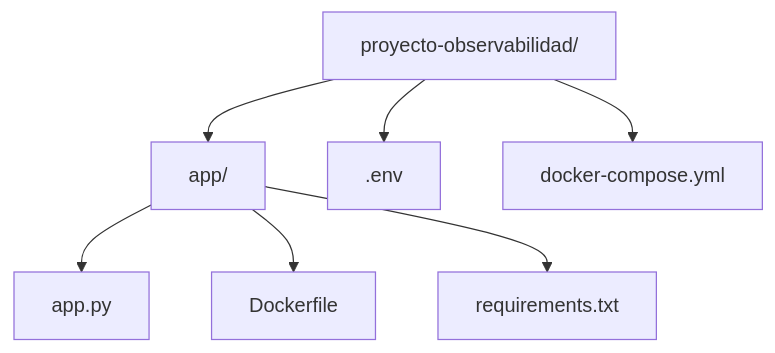
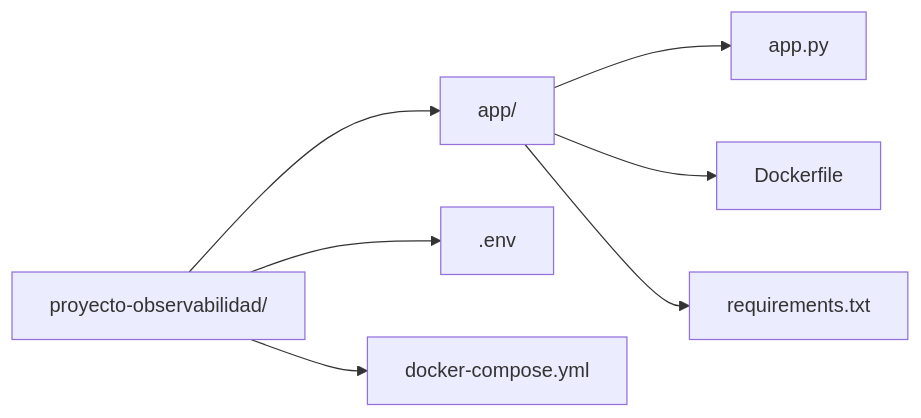
Before and after one commit to albmart2/proyecto-observabilidad: the first of 2 diagrams in README.md, drawn with Mermaid.

````diff
--- a/README.md
+++ b/README.md
@@ -15,10 +15,10 @@
 ```mermaid
-graph TD
+graph LR
 A[proyecto-observabilidad/]
 A --> B[app/]
 B --> B1[app.py]
 B --> B2[Dockerfile]
 B --> B3[requirements.txt]
 A --> C[.env]
 A --> D[docker-compose.yml]
 ```
````
